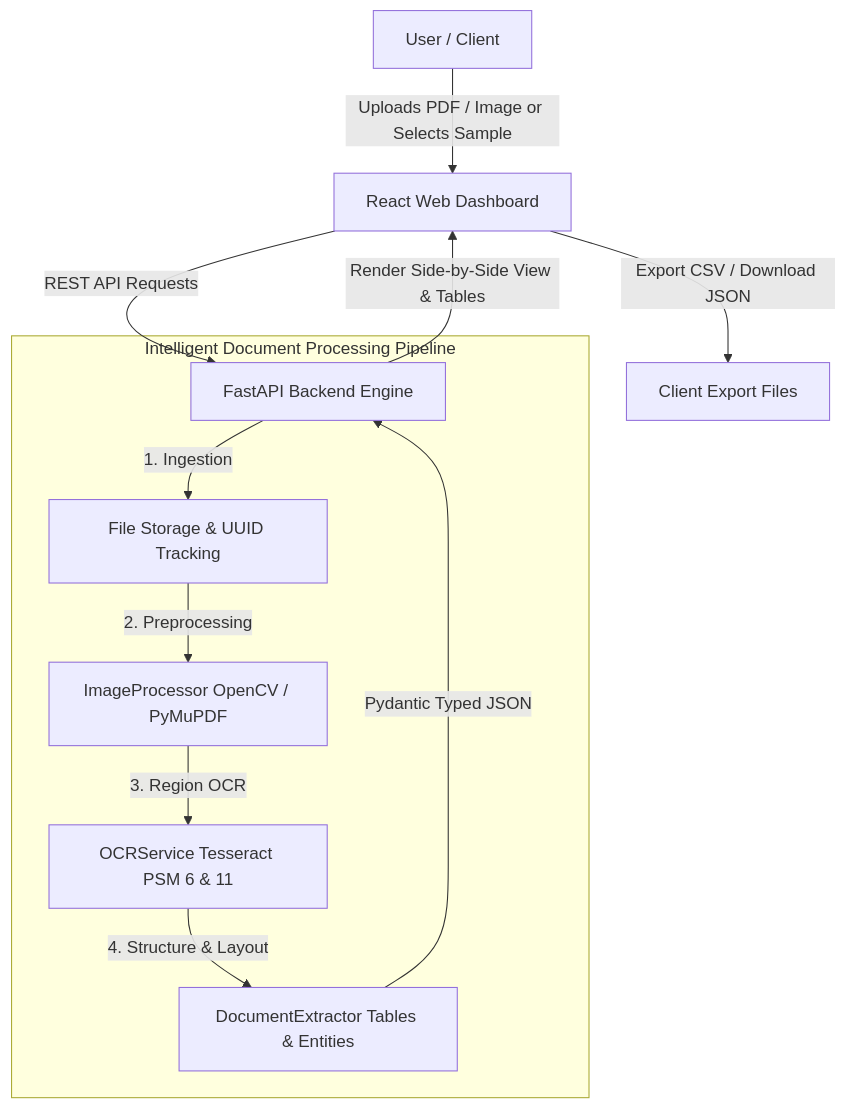
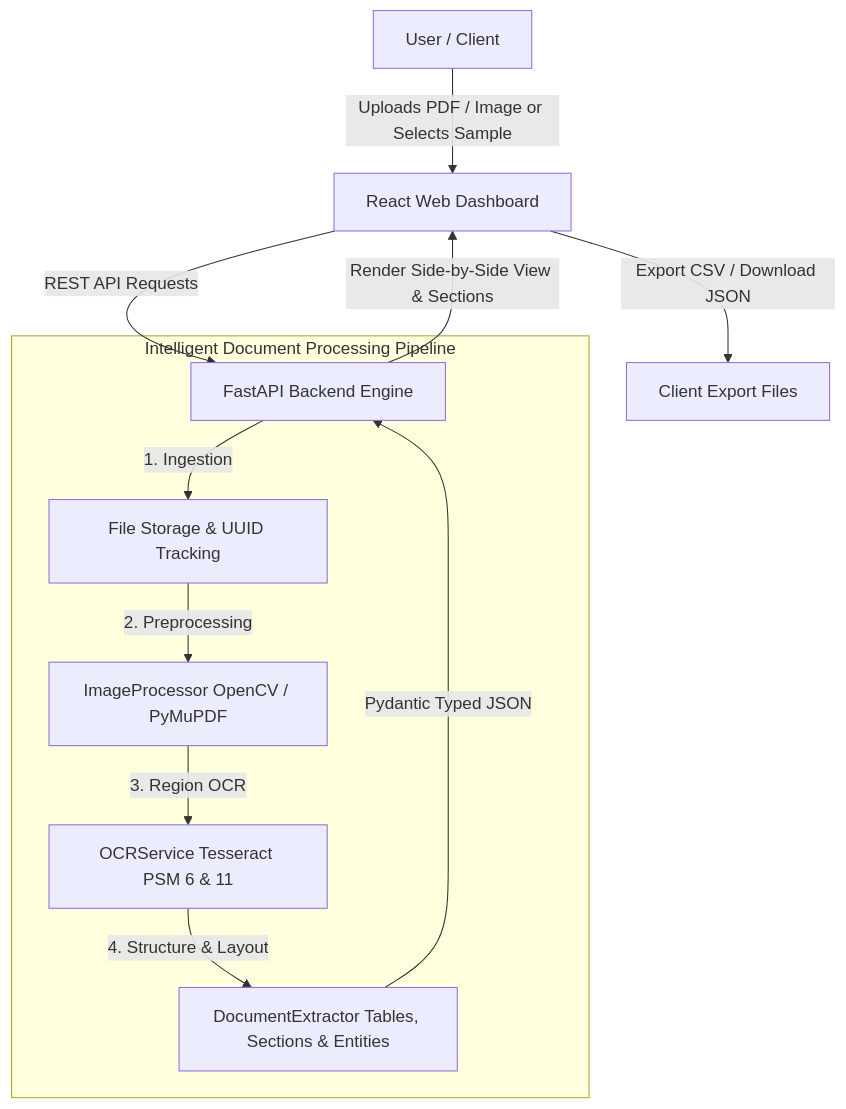
The diagram in README.md (JaiAkash-CodesIO/DocuVoice), drawn with Mermaid before and after one commit. The commit also changed other lines of this file, not shown here.

````diff
--- a/README.md
+++ b/README.md
@@ -75,16 +82,16 @@
 ```mermaid
 flowchart TD
     A[User / Client] -->|Uploads PDF / Image or Selects Sample| B[React Web Dashboard]
     B -->|REST API Requests| C[FastAPI Backend Engine]
     
     subgraph Pipeline [Intelligent Document Processing Pipeline]
         C -->|1. Ingestion| D[File Storage & UUID Tracking]
         D -->|2. Preprocessing| E[ImageProcessor OpenCV / PyMuPDF]
         E -->|3. Region OCR| F[OCRService Tesseract PSM 6 & 11]
-        F -->|4. Structure & Layout| G[DocumentExtractor Tables & Entities]
+        F -->|4. Structure & Layout| G[DocumentExtractor Tables, Sections & Entities]
     end
     
     G -->|Pydantic Typed JSON| C
-    C -->|Render Side-by-Side View & Tables| B
+    C -->|Render Side-by-Side View & Sections| B
     B -->|Export CSV / Download JSON| H[Client Export Files]
 ```
````
